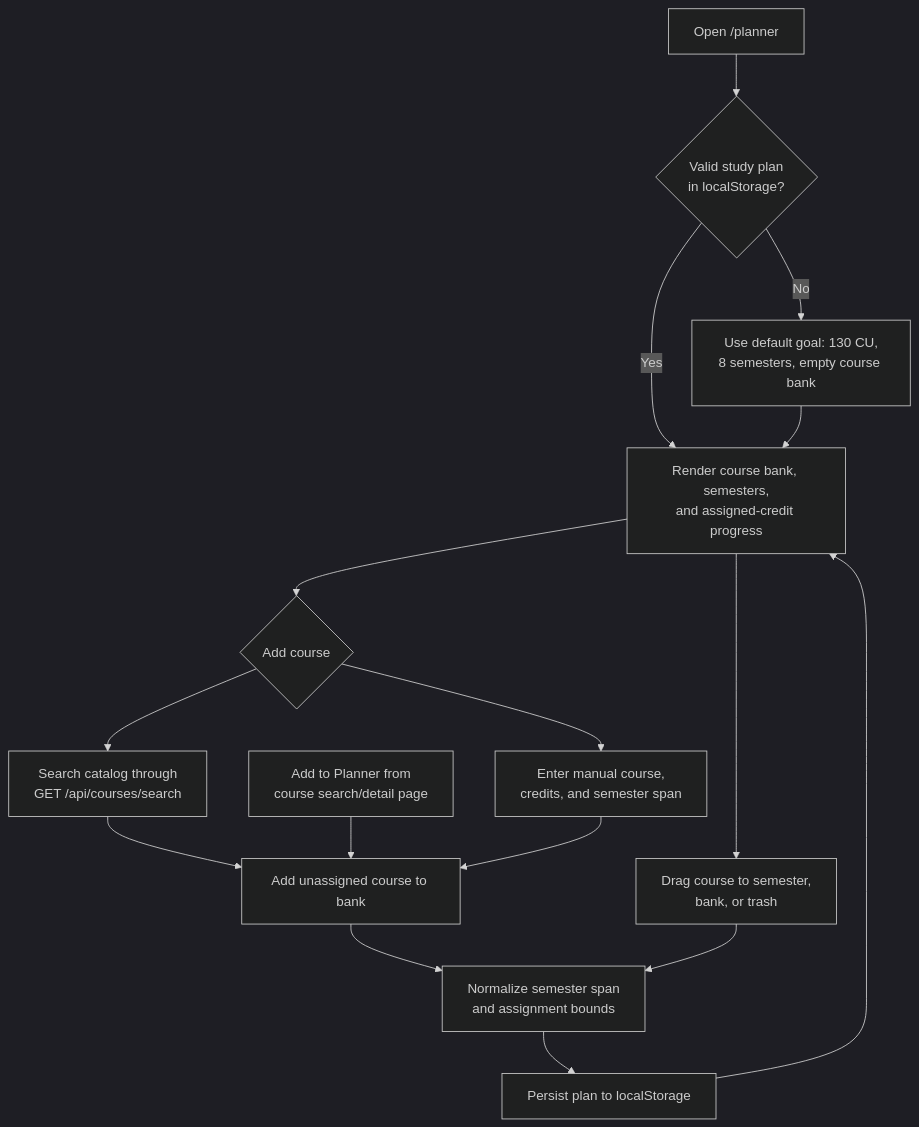
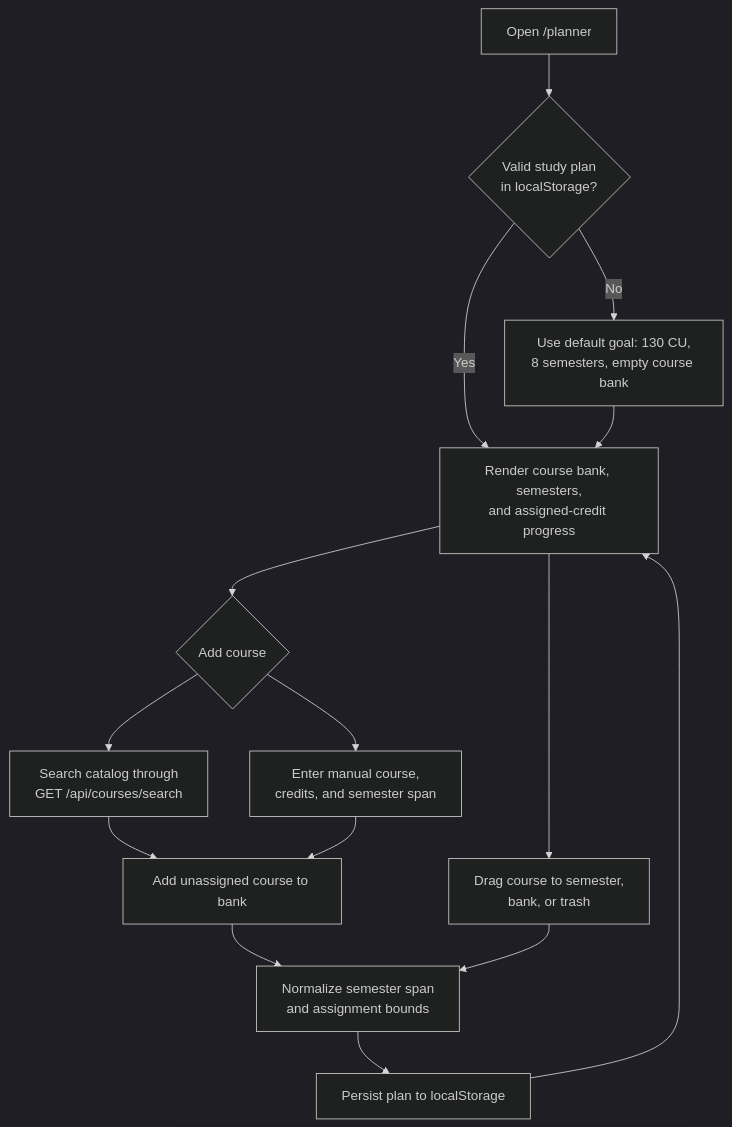
Before and after one commit to lester-td/SUSSplanner: the fifth of 12 diagrams in docs/DeveloperGuide.md, drawn with Mermaid (dark theme). The commit also changed other lines of this file, not shown here.

````diff
--- a/docs/DeveloperGuide.md
+++ b/docs/DeveloperGuide.md
@@ -559,31 +562,29 @@
 ```mermaid
 flowchart TD
     Open["Open /planner"]
     Restore{"Valid study plan<br/>in localStorage?"}
     Default["Use default goal: 130 CU,<br/>8 semesters, empty course bank"]
     Ready["Render course bank, semesters,<br/>and assigned-credit progress"]
     Add{"Add course"}
     Catalog["Search catalog through<br/>GET /api/courses/search"]
-    CoursePage["Add to Planner from<br/>course search/detail page"]
     Manual["Enter manual course,<br/>credits, and semester span"]
     Bank["Add unassigned course to bank"]
     Arrange["Drag course to semester,<br/>bank, or trash"]
     Normalize["Normalize semester span<br/>and assignment bounds"]
     Persist["Persist plan to localStorage"]
 
     Open --> Restore
     Restore -->|No| Default
     Restore -->|Yes| Ready
     Default --> Ready
     Ready --> Add
     Add --> Catalog
     Add --> Manual
     Catalog --> Bank
-    CoursePage --> Bank
     Manual --> Bank
     Bank --> Normalize
     Ready --> Arrange
     Arrange --> Normalize
     Normalize --> Persist
     Persist --> Ready
 ```
````
